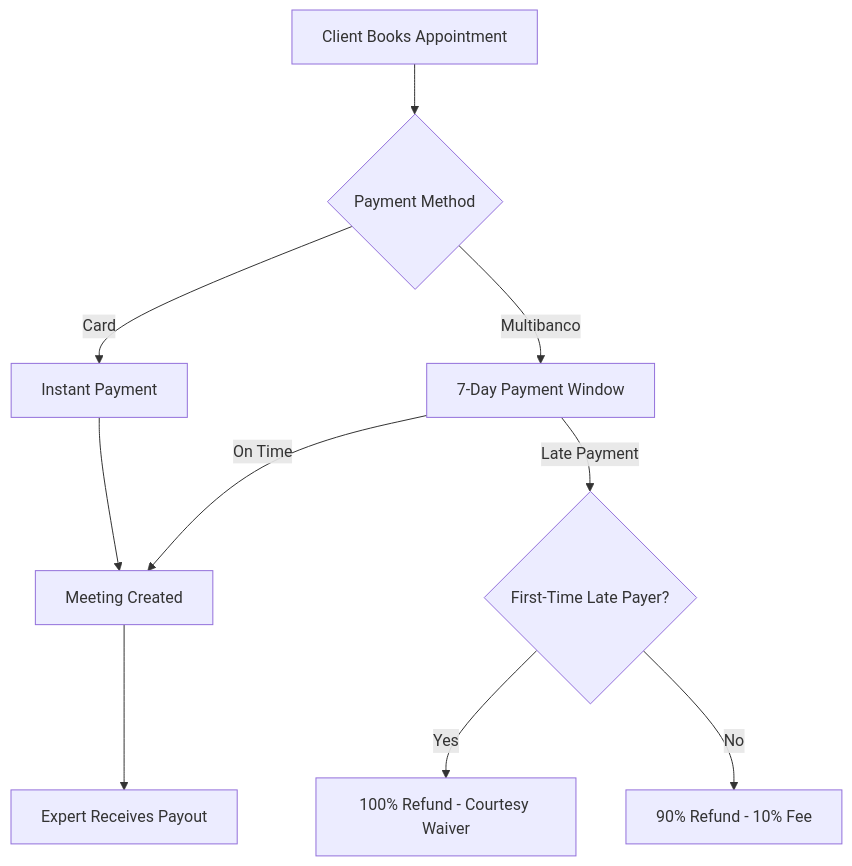
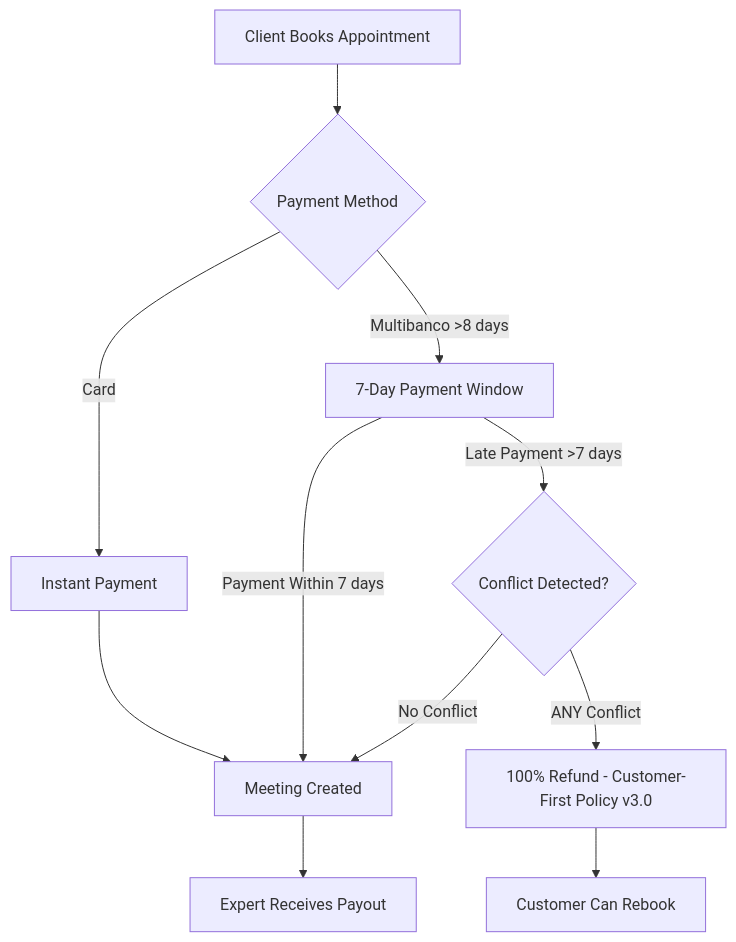
One commit to rodrigobarona/eleva-care-app changed the diagram in docs/02-core-systems/payments/README.md. Above: the diagram before and after it, drawn with Mermaid. The commit also changed other lines of this file and 5 other files, not shown here.

````diff
--- a/docs/02-core-systems/payments/README.md
+++ b/docs/02-core-systems/payments/README.md
@@ -110,12 +120,13 @@
 ```mermaid
 graph TD
     A[Client Books Appointment] --> B{Payment Method}
     B -->|Card| C[Instant Payment]
-    B -->|Multibanco| D[7-Day Payment Window]
+    B -->|Multibanco >8 days| D[7-Day Payment Window]
     C --> E[Meeting Created]
-    D -->|On Time| E
-    D -->|Late Payment| F{First-Time Late Payer?}
-    F -->|Yes| G[100% Refund - Courtesy Waiver]
-    F -->|No| H[90% Refund - 10% Fee]
+    D -->|Payment Within 7 days| E
+    D -->|Late Payment >7 days| F{Conflict Detected?}
+    F -->|No Conflict| E
+    F -->|ANY Conflict| G[100% Refund - Customer-First Policy v3.0]
+    G --> H[Customer Can Rebook]
     E --> I[Expert Receives Payout]
 ```
````
